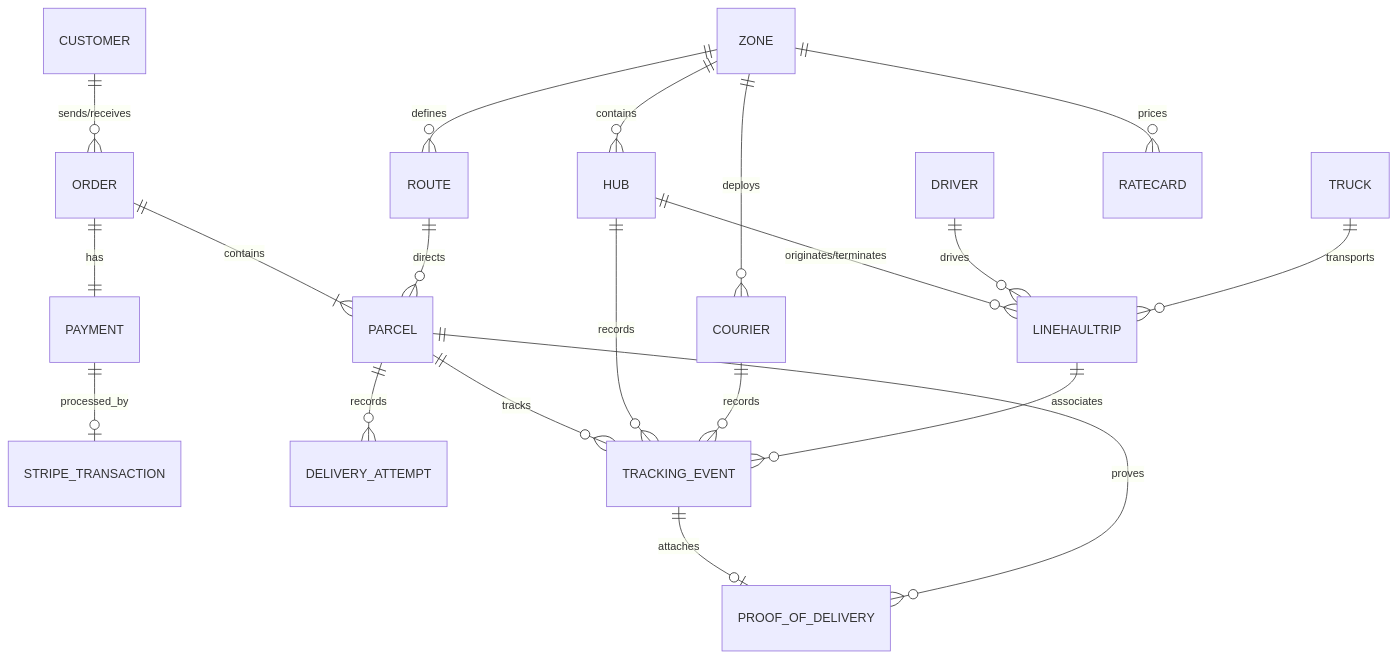
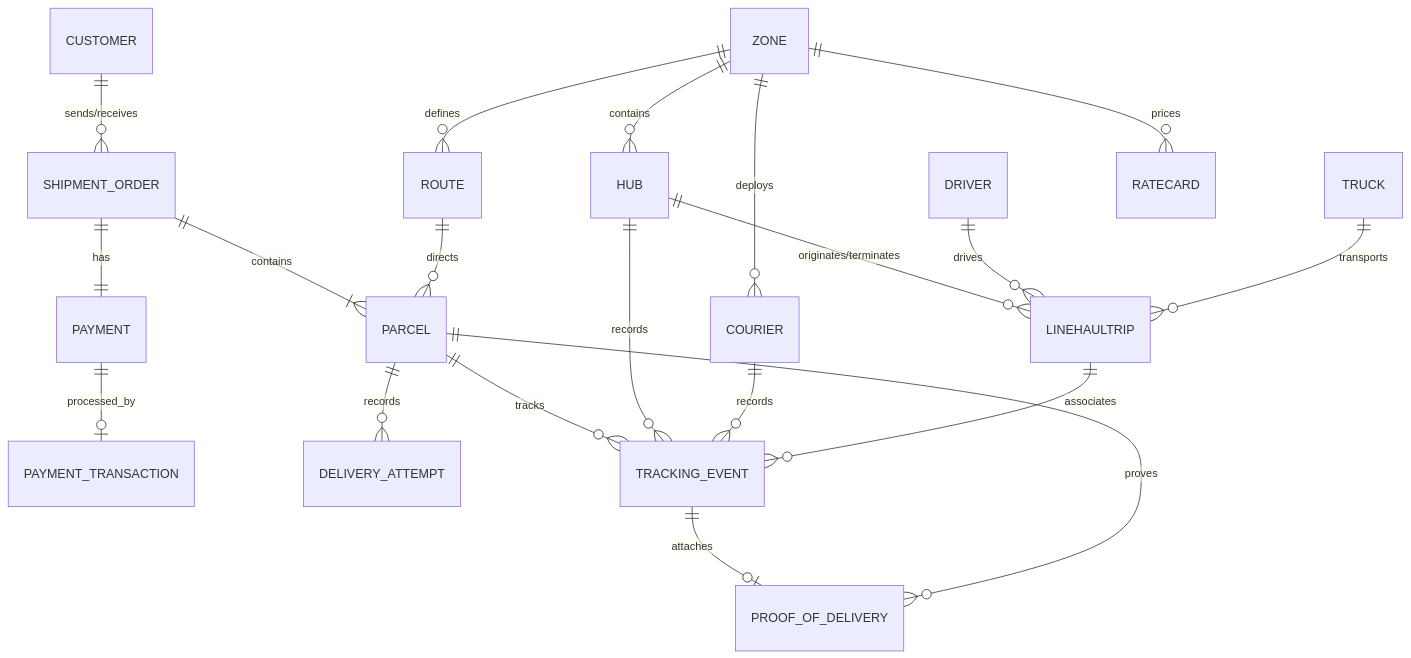
One commit to dunguyen-311201/nestjs changed the diagram in shipping-system/docs/01-ERD.md. Above: the diagram before and after it, drawn with Mermaid. The commit also changed other lines of this file and 21 other files, not shown here.

````diff
--- a/shipping-system/docs/01-ERD.md
+++ b/shipping-system/docs/01-ERD.md
@@ -9,22 +9,22 @@
 ```mermaid
 erDiagram
-    CUSTOMER ||--o{ ORDER : "sends/receives"
-    ORDER ||--|{ PARCEL : "contains"
-    ORDER ||--|| PAYMENT : "has"
-    PAYMENT ||--o| STRIPE_TRANSACTION : "processed_by"
+    CUSTOMER ||--o{ SHIPMENT_ORDER : "sends/receives"
+    SHIPMENT_ORDER ||--|{ PARCEL : "contains"
+    SHIPMENT_ORDER ||--|| PAYMENT : "has"
+    PAYMENT ||--o| PAYMENT_TRANSACTION : "processed_by"
     PARCEL ||--o{ DELIVERY_ATTEMPT : "records"
     PARCEL ||--o{ TRACKING_EVENT : "tracks"
     ROUTE ||--o{ PARCEL : "directs"
     HUB ||--o{ LINEHAULTRIP : "originates/terminates"
     DRIVER ||--o{ LINEHAULTRIP : "drives"
     TRUCK ||--o{ LINEHAULTRIP : "transports"
     ZONE ||--o{ HUB : "contains"
     ZONE ||--o{ ROUTE : "defines"
     ZONE ||--o{ RATECARD : "prices"
     ZONE ||--o{ COURIER : "deploys"
     TRACKING_EVENT ||--o| PROOF_OF_DELIVERY : "attaches"
     PARCEL ||--o{ PROOF_OF_DELIVERY : "proves"
     HUB ||--o{ TRACKING_EVENT : "records"
     COURIER ||--o{ TRACKING_EVENT : "records"
     LINEHAULTRIP ||--o{ TRACKING_EVENT : "associates"
 ```
````
